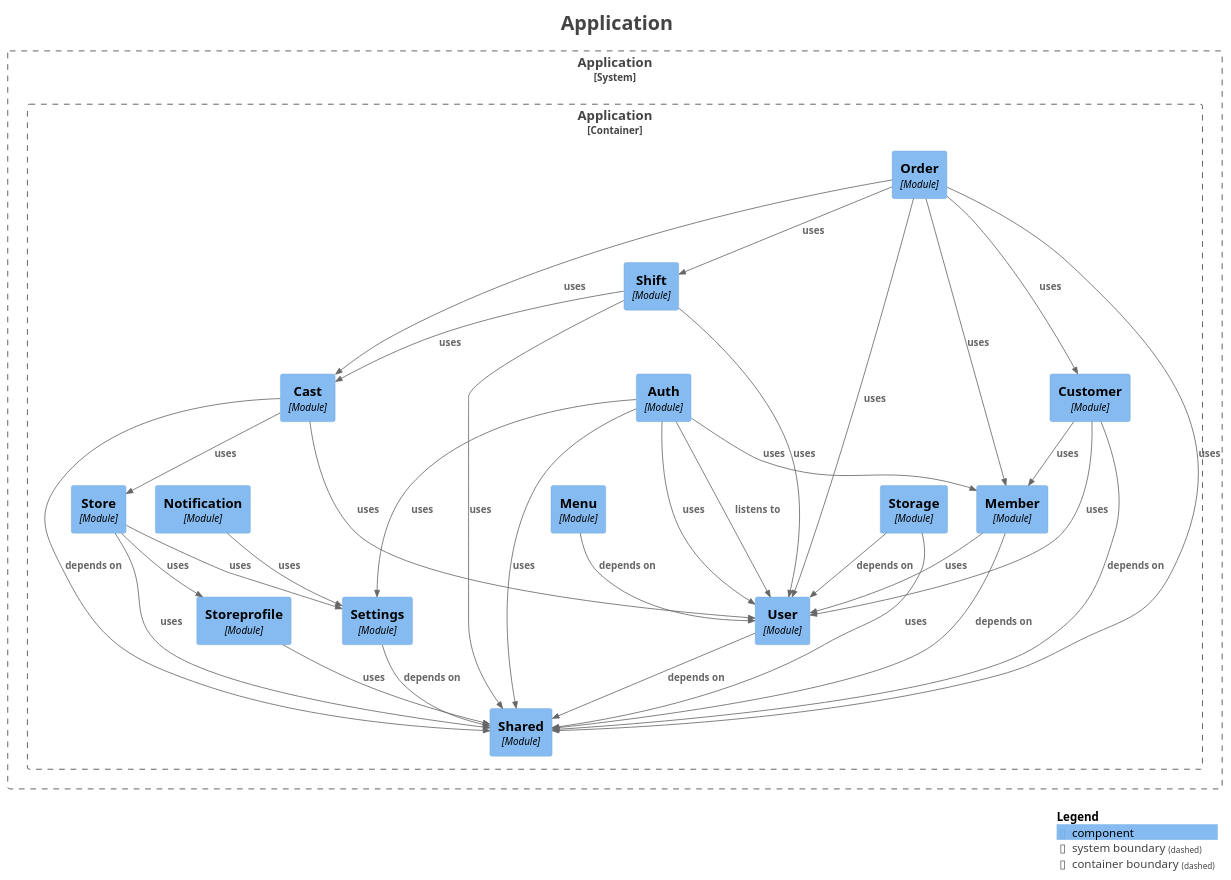
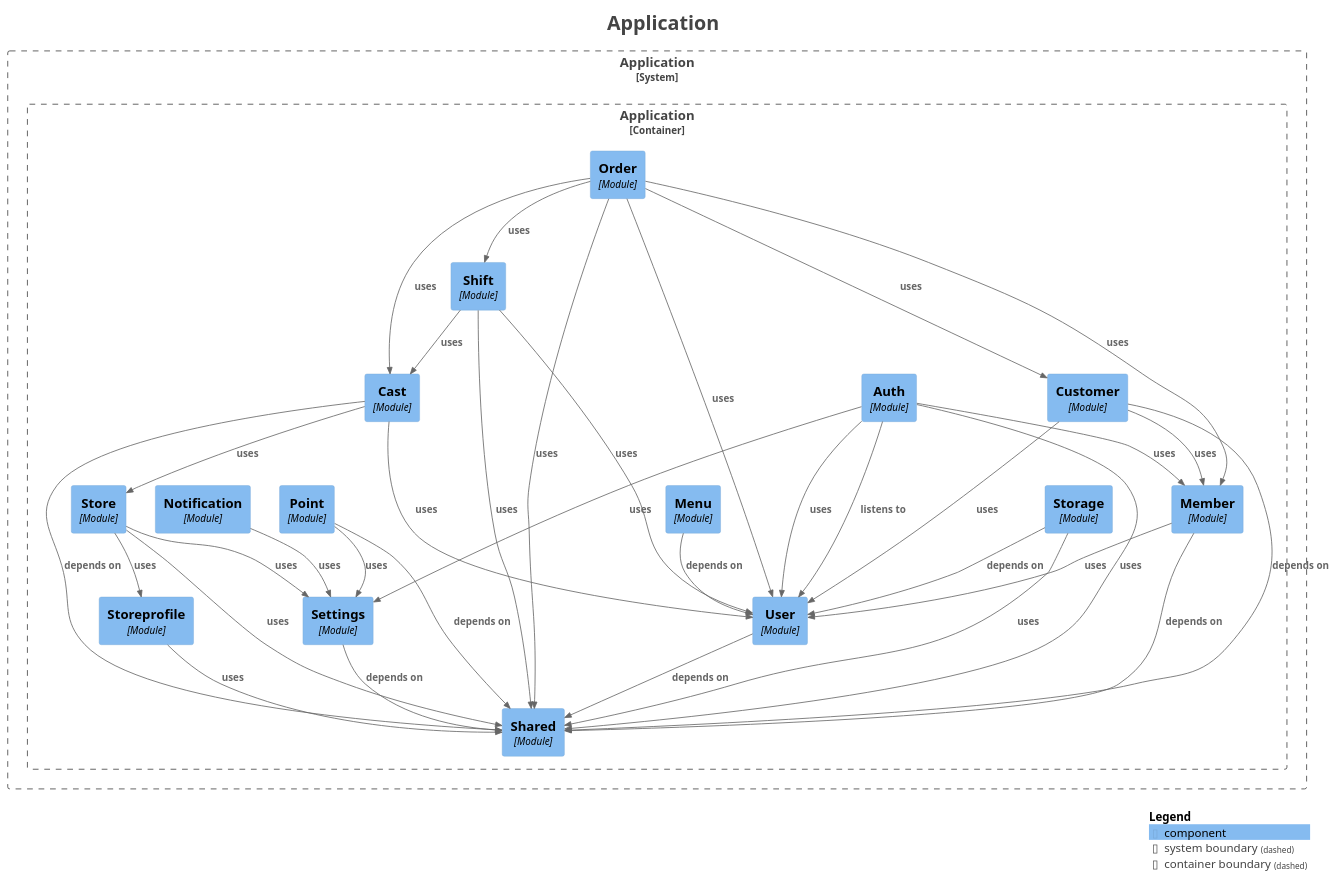
The diagram in backend/docs/modulith/components.puml (kanghouchao/Kizuna), drawn with PlantUML before and after one commit. The commit also changed 29 other files, not shown here.

```diff
--- a/backend/docs/modulith/components.puml
+++ b/backend/docs/modulith/components.puml
@@ -1,73 +1,76 @@
 @startuml
 title <size:24>Application</size>
 
 set separator none
 top to bottom direction
 
 <style>
   root {
     BackgroundColor: #ffffff
     FontColor: #444444
   }
 </style>
 
 !include <C4/C4>
 !include <C4/C4_Context>
 !include <C4/C4_Component>
 
 System_Boundary("Application_boundary", "Application", $tags="") {
   Container_Boundary("Application.Application_boundary", "Application", $tags="") {
+    Component(Application.Application.Point, "Point", $techn="Module", $descr="", $tags="", $link="")
     Component(Application.Application.Storage, "Storage", $techn="Module", $descr="", $tags="", $link="")
     Component(Application.Application.Store, "Store", $techn="Module", $descr="", $tags="", $link="")
     Component(Application.Application.Auth, "Auth", $techn="Module", $descr="", $tags="", $link="")
     Component(Application.Application.Cast, "Cast", $techn="Module", $descr="", $tags="", $link="")
     Component(Application.Application.Customer, "Customer", $techn="Module", $descr="", $tags="", $link="")
     Component(Application.Application.Shift, "Shift", $techn="Module", $descr="", $tags="", $link="")
     Component(Application.Application.Order, "Order", $techn="Module", $descr="", $tags="", $link="")
     Component(Application.Application.Shared, "Shared", $techn="Module", $descr="", $tags="", $link="")
     Component(Application.Application.Settings, "Settings", $techn="Module", $descr="", $tags="", $link="")
     Component(Application.Application.Storeprofile, "Storeprofile", $techn="Module", $descr="", $tags="", $link="")
     Component(Application.Application.User, "User", $techn="Module", $descr="", $tags="", $link="")
     Component(Application.Application.Member, "Member", $techn="Module", $descr="", $tags="", $link="")
     Component(Application.Application.Menu, "Menu", $techn="Module", $descr="", $tags="", $link="")
     Component(Application.Application.Notification, "Notification", $techn="Module", $descr="", $tags="", $link="")
   }
 
 }
 
-Rel(Application.Application.Settings, Application.Application.Shared, "depends on", $techn="", $tags="", $link="")
-Rel(Application.Application.User, Application.Application.Shared, "depends on", $techn="", $tags="", $link="")
+Rel(Application.Application.Member, Application.Application.Shared, "depends on", $techn="", $tags="", $link="")
+Rel(Application.Application.Member, Application.Application.User, "uses", $techn="", $tags="", $link="")
+Rel(Application.Application.Cast, Application.Application.Shared, "depends on", $techn="", $tags="", $link="")
+Rel(Application.Application.Cast, Application.Application.User, "uses", $techn="", $tags="", $link="")
+Rel(Application.Application.Cast, Application.Application.Store, "uses", $techn="", $tags="", $link="")
+Rel(Application.Application.Shift, Application.Application.User, "uses", $techn="", $tags="", $link="")
+Rel(Application.Application.Shift, Application.Application.Cast, "uses", $techn="", $tags="", $link="")
+Rel(Application.Application.Shift, Application.Application.Shared, "uses", $techn="", $tags="", $link="")
+Rel(Application.Application.Point, Application.Application.Shared, "depends on", $techn="", $tags="", $link="")
+Rel(Application.Application.Point, Application.Application.Settings, "uses", $techn="", $tags="", $link="")
+Rel(Application.Application.Storeprofile, Application.Application.Shared, "uses", $techn="", $tags="", $link="")
 Rel(Application.Application.Notification, Application.Application.Settings, "uses", $techn="", $tags="", $link="")
+Rel(Application.Application.Order, Application.Application.Customer, "uses", $techn="", $tags="", $link="")
+Rel(Application.Application.Order, Application.Application.User, "uses", $techn="", $tags="", $link="")
+Rel(Application.Application.Order, Application.Application.Member, "uses", $techn="", $tags="", $link="")
+Rel(Application.Application.Order, Application.Application.Shift, "uses", $techn="", $tags="", $link="")
+Rel(Application.Application.Order, Application.Application.Shared, "uses", $techn="", $tags="", $link="")
+Rel(Application.Application.Order, Application.Application.Cast, "uses", $techn="", $tags="", $link="")
+Rel(Application.Application.Customer, Application.Application.Shared, "depends on", $techn="", $tags="", $link="")
+Rel(Application.Application.Customer, Application.Application.Member, "uses", $techn="", $tags="", $link="")
+Rel(Application.Application.Customer, Application.Application.User, "uses", $techn="", $tags="", $link="")
 Rel(Application.Application.Store, Application.Application.Storeprofile, "uses", $techn="", $tags="", $link="")
 Rel(Application.Application.Store, Application.Application.Settings, "uses", $techn="", $tags="", $link="")
 Rel(Application.Application.Store, Application.Application.Shared, "uses", $techn="", $tags="", $link="")
-Rel(Application.Application.Shift, Application.Application.User, "uses", $techn="", $tags="", $link="")
-Rel(Application.Application.Shift, Application.Application.Cast, "uses", $techn="", $tags="", $link="")
-Rel(Application.Application.Shift, Application.Application.Shared, "uses", $techn="", $tags="", $link="")
-Rel(Application.Application.Storeprofile, Application.Application.Shared, "uses", $techn="", $tags="", $link="")
+Rel(Application.Application.User, Application.Application.Shared, "depends on", $techn="", $tags="", $link="")
 Rel(Application.Application.Storage, Application.Application.User, "depends on", $techn="", $tags="", $link="")
 Rel(Application.Application.Storage, Application.Application.Shared, "uses", $techn="", $tags="", $link="")
+Rel(Application.Application.Menu, Application.Application.User, "depends on", $techn="", $tags="", $link="")
+Rel(Application.Application.Settings, Application.Application.Shared, "depends on", $techn="", $tags="", $link="")
 Rel(Application.Application.Auth, Application.Application.User, "listens to", $techn="", $tags="", $link="")
 Rel(Application.Application.Auth, Application.Application.User, "uses", $techn="", $tags="", $link="")
 Rel(Application.Application.Auth, Application.Application.Member, "uses", $techn="", $tags="", $link="")
 Rel(Application.Application.Auth, Application.Application.Shared, "uses", $techn="", $tags="", $link="")
 Rel(Application.Application.Auth, Application.Application.Settings, "uses", $techn="", $tags="", $link="")
-Rel(Application.Application.Menu, Application.Application.User, "depends on", $techn="", $tags="", $link="")
-Rel(Application.Application.Customer, Application.Application.Shared, "depends on", $techn="", $tags="", $link="")
-Rel(Application.Application.Customer, Application.Application.Member, "uses", $techn="", $tags="", $link="")
-Rel(Application.Application.Customer, Application.Application.User, "uses", $techn="", $tags="", $link="")
-Rel(Application.Application.Cast, Application.Application.Shared, "depends on", $techn="", $tags="", $link="")
-Rel(Application.Application.Cast, Application.Application.User, "uses", $techn="", $tags="", $link="")
-Rel(Application.Application.Cast, Application.Application.Store, "uses", $techn="", $tags="", $link="")
-Rel(Application.Application.Order, Application.Application.Cast, "uses", $techn="", $tags="", $link="")
-Rel(Application.Application.Order, Application.Application.Customer, "uses", $techn="", $tags="", $link="")
-Rel(Application.Application.Order, Application.Application.User, "uses", $techn="", $tags="", $link="")
-Rel(Application.Application.Order, Application.Application.Member, "uses", $techn="", $tags="", $link="")
-Rel(Application.Application.Order, Application.Application.Shift, "uses", $techn="", $tags="", $link="")
-Rel(Application.Application.Order, Application.Application.Shared, "uses", $techn="", $tags="", $link="")
-Rel(Application.Application.Member, Application.Application.Shared, "depends on", $techn="", $tags="", $link="")
-Rel(Application.Application.Member, Application.Application.User, "uses", $techn="", $tags="", $link="")
 
 SHOW_LEGEND(true)
 hide stereotypes
 @enduml
```
